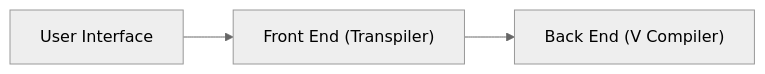
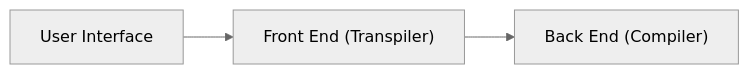
One commit to Jeremy-JYL/bc changed the diagram in README.md. Above: the diagram before and after it, drawn with Mermaid (neutral theme).

````diff
--- a/README.md
+++ b/README.md
@@ -67,10 +67,10 @@
 ```mermaid
 flowchart LR;
   UI["User Interface"]
   FR["Front End (Transpiler)"]
-  BA["Back End (V Compiler)"]
+  BA["Back End (Compiler)"]
 
   UI --> FR;
   FR --> BA;
 
 ```
````
